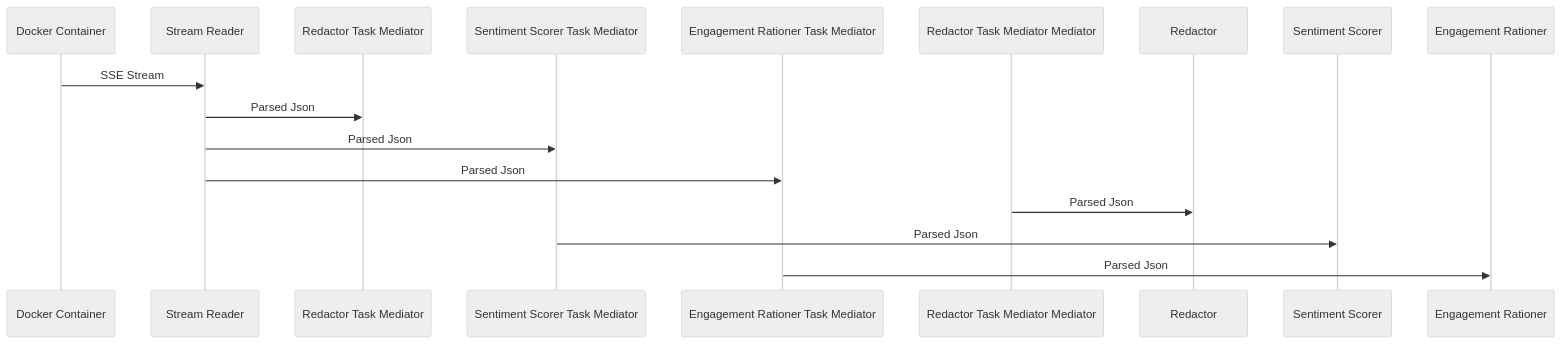
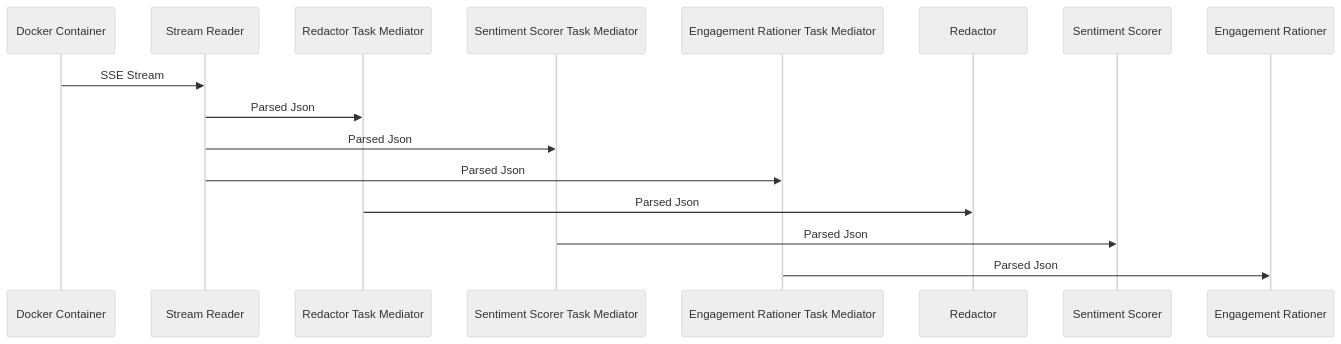
One commit to eugencic/real-time-programming changed the diagram in lab1/diagrams/message_flow_diagrams/week4.md. Above: the diagram before and after it, drawn with Mermaid (neutral theme).

````diff
--- a/lab1/diagrams/message_flow_diagrams/week4.md
+++ b/lab1/diagrams/message_flow_diagrams/week4.md
@@ -1,10 +1,10 @@
 ```mermaid
 sequenceDiagram
     Docker Container->>Stream Reader: SSE Stream
     Stream Reader->>Redactor Task Mediator: Parsed Json
     Stream Reader->>Sentiment Scorer Task Mediator: Parsed Json
     Stream Reader->>Engagement Rationer Task Mediator: Parsed Json
-    Redactor Task Mediator Mediator->>Redactor: Parsed Json
+    Redactor Task Mediator->>Redactor: Parsed Json
     Sentiment Scorer Task Mediator->>Sentiment Scorer: Parsed Json
     Engagement Rationer Task Mediator->>Engagement Rationer: Parsed Json
 ```
````
